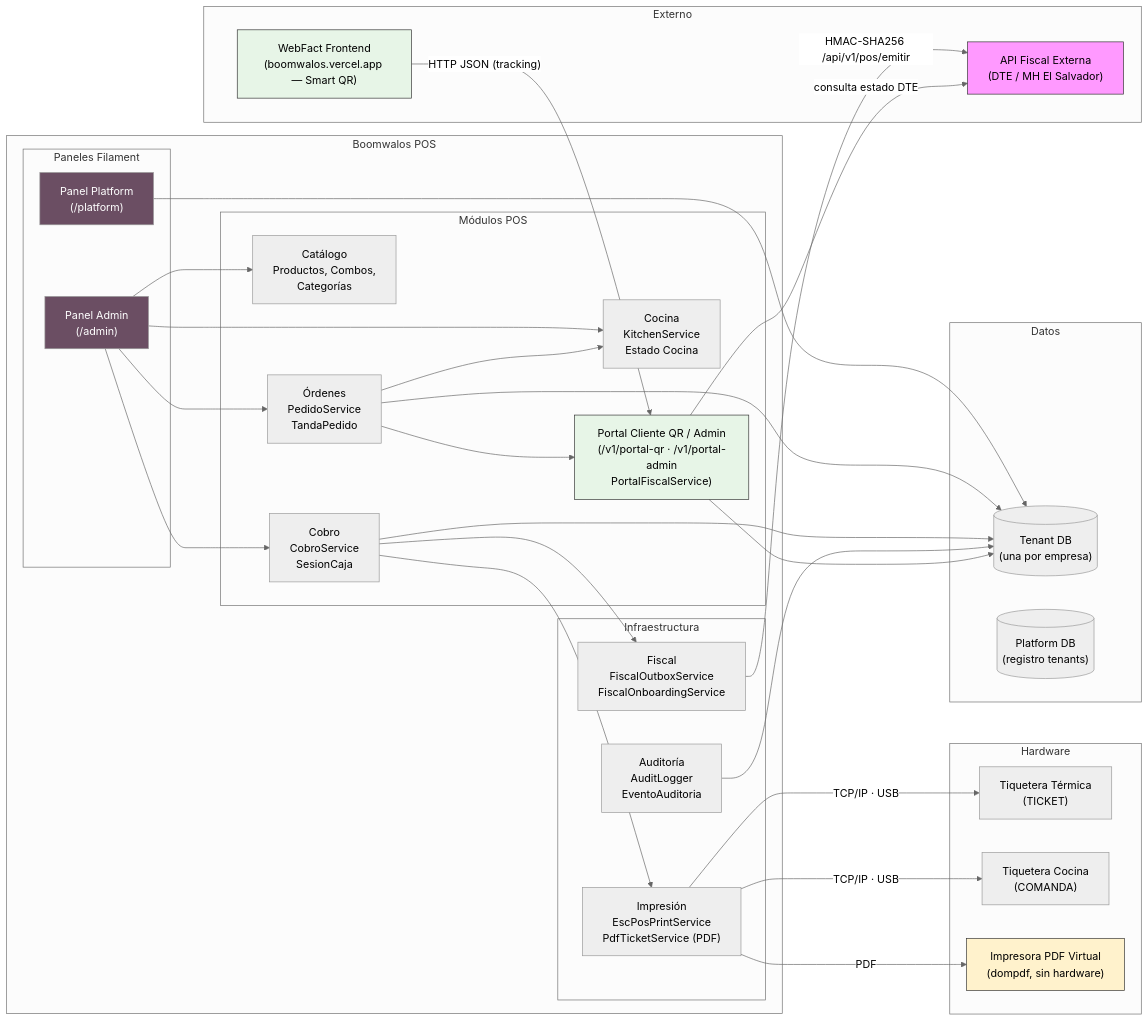
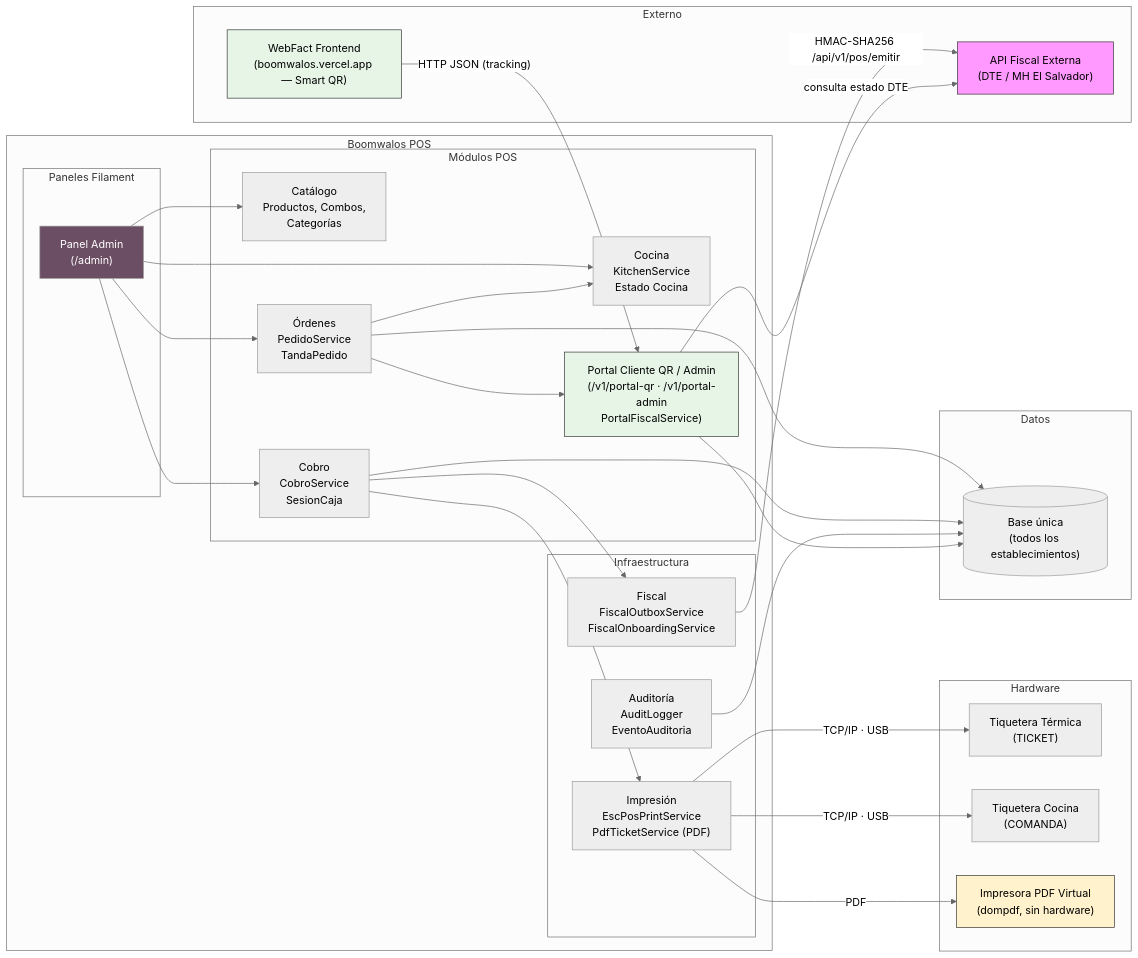
One commit to Stven2909/Boomwalos-POS changed the diagram in app/docs/diagrams/01-contexto.mmd. Above: the diagram before and after it, drawn with Mermaid (neutral theme). The commit also changed 55 other files, not shown here.

First line of the commit message:
docs: diagramas interactivos en diagrams-archify y limpieza phpunit TENANT

```diff
--- a/app/docs/diagrams/01-contexto.mmd
+++ b/app/docs/diagrams/01-contexto.mmd
@@ -1,65 +1,61 @@
 graph LR
     subgraph "Externo"
         APIFiscal["API Fiscal Externa\n(DTE / MH El Salvador)"]
         WebFact["WebFact Frontend\n(boomwalos.vercel.app — Smart QR)"]
     end
 
     subgraph "Boomwalos POS"
         subgraph "Paneles Filament"
             PanelAdmin["Panel Admin\n(/admin)"]
-            PanelPlatform["Panel Platform\n(/platform)"]
         end
         subgraph "Módulos POS"
             Catalogo["Catálogo\nProductos, Combos,\nCategorías"]
             Ordenes["Órdenes\nPedidoService\nTandaPedido"]
             Cobro["Cobro\nCobroService\nSesionCaja"]
             Cocina["Cocina\nKitchenService\nEstado Cocina"]
             PortalQrAPI["Portal Cliente QR / Admin\n(/v1/portal-qr · /v1/portal-admin\nPortalFiscalService)"]
         end
         subgraph "Infraestructura"
             Impresion["Impresión\nEscPosPrintService\nPdfTicketService (PDF)"]
             Fiscal["Fiscal\nFiscalOutboxService\nFiscalOnboardingService"]
             Auditoria["Auditoría\nAuditLogger\nEventoAuditoria"]
         end
     end
 
     subgraph "Hardware"
         Tiquetera["Tiquetera Térmica\n(TICKET)"]
         Comanda["Tiquetera Cocina\n(COMANDA)"]
         PdfVirt["Impresora PDF Virtual\n(dompdf, sin hardware)"]
     end
 
     subgraph "Datos"
-        TenantDB[("Tenant DB\n(una por empresa)")]
-        PlatformDB[("Platform DB\n(registro tenants)")]
+        DBUnica[("Base única\n(todos los establecimientos)")]
     end
 
     PanelAdmin --> Catalogo
     PanelAdmin --> Ordenes
     PanelAdmin --> Cobro
     PanelAdmin --> Cocina
-    PanelPlatform --> TenantDB
 
     Cobro --> Impresion
     Cobro --> Fiscal
     Ordenes --> Cocina
     Ordenes --> PortalQrAPI
 
     Impresion -->|"TCP/IP · USB"| Tiquetera
     Impresion -->|"TCP/IP · USB"| Comanda
     Impresion -->|"PDF"| PdfVirt
     Fiscal -->|"HMAC-SHA256 /api/v1/pos/emitir"| APIFiscal
     PortalQrAPI -->|"consulta estado DTE"| APIFiscal
     WebFact -->|"HTTP JSON (tracking)"| PortalQrAPI
 
-    Ordenes --> TenantDB
-    Cobro --> TenantDB
-    Auditoria --> TenantDB
-    PortalQrAPI --> TenantDB
+    Ordenes --> DBUnica
+    Cobro --> DBUnica
+    Auditoria --> DBUnica
+    PortalQrAPI --> DBUnica
 
     style APIFiscal fill:#f9f,stroke:#333
     style WebFact fill:#e7f5e7,stroke:#333
     style PortalQrAPI fill:#e7f5e7,stroke:#333
     style PdfVirt fill:#fff2cc,stroke:#333
     style PanelAdmin fill:#6B4E63,color:#fff
-    style PanelPlatform fill:#6B4E63,color:#fff
```
